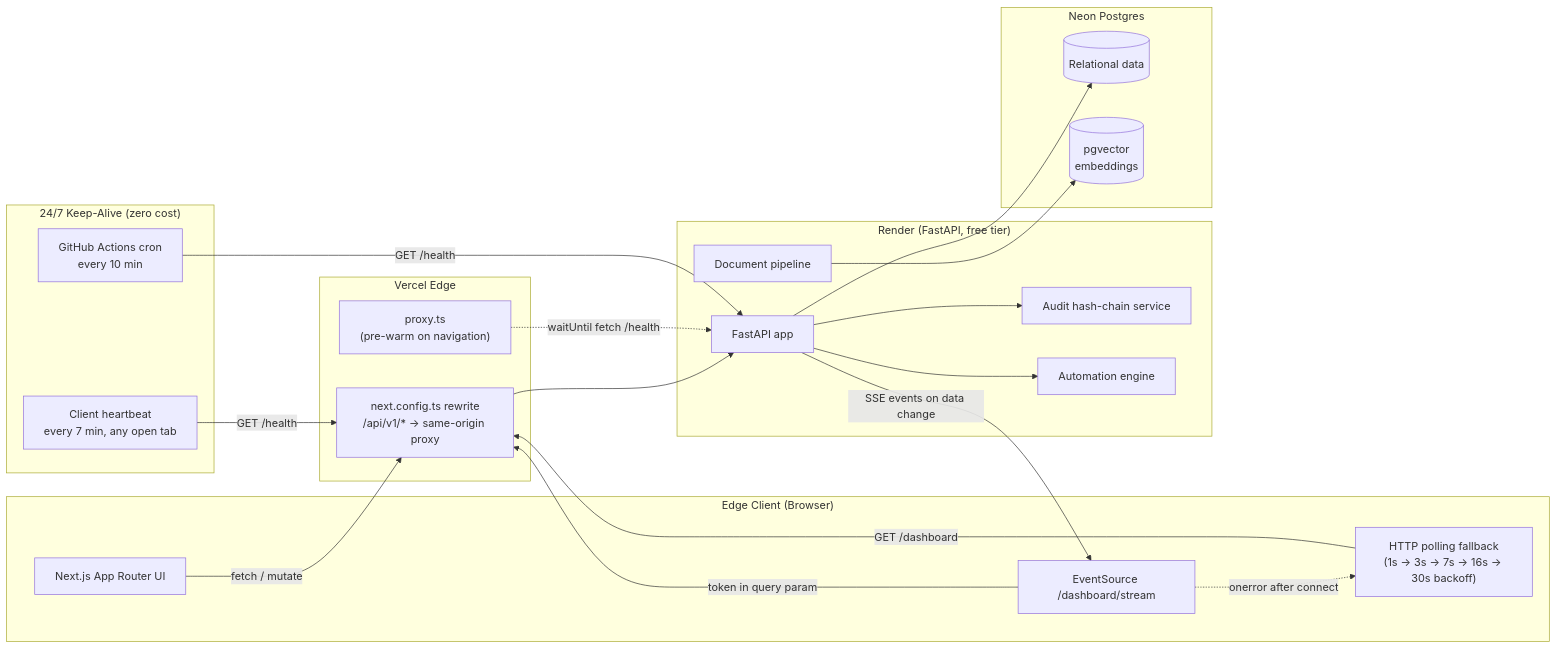
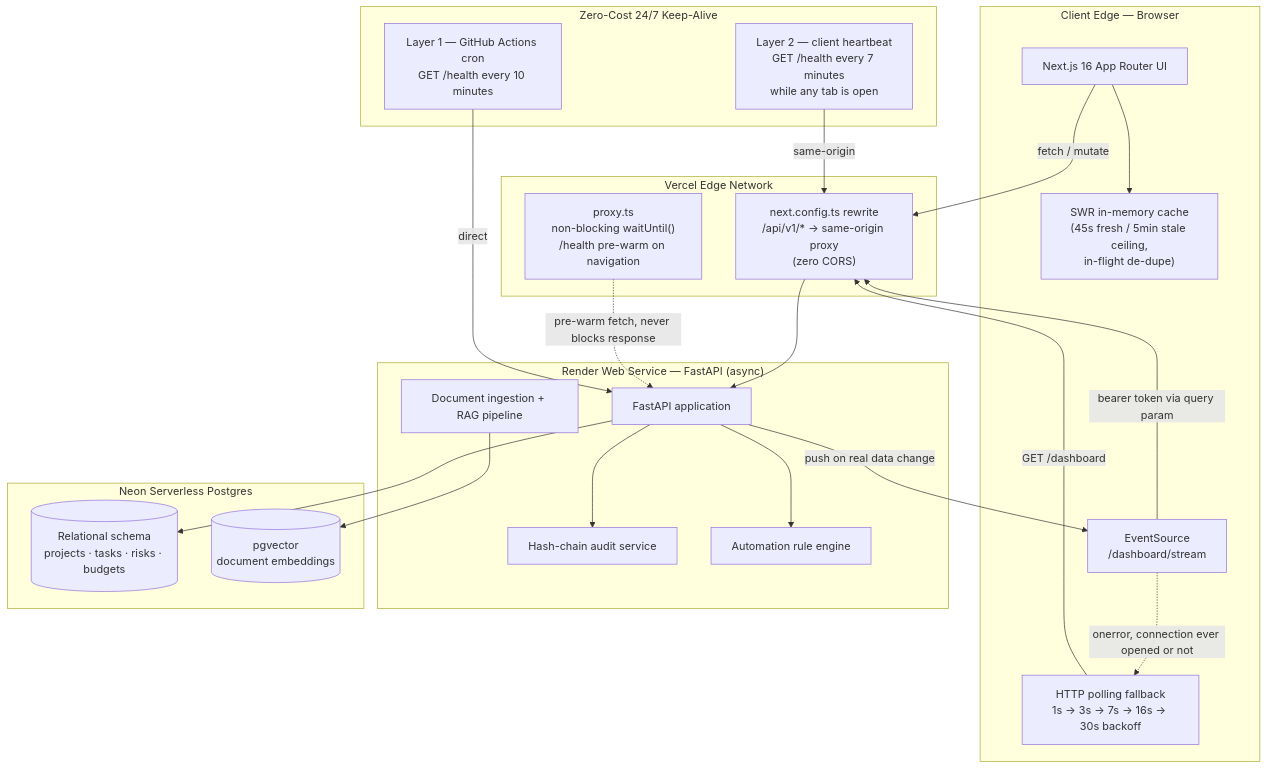
One commit to HUSSAM205/ai-project-command-center changed the diagram in README.md. Above: the diagram before and after it, drawn with Mermaid. The commit also changed other lines of this file and 6 other files, not shown here.

````diff
--- a/README.md
+++ b/README.md
@@ -94,43 +51,45 @@
 ```mermaid
-flowchart LR
-    subgraph Client["Edge Client (Browser)"]
-        UI["Next.js App Router UI"]
-        SSE["EventSource /dashboard/stream"]
-        Poll["HTTP polling fallback\n(1s → 3s → 7s → 16s → 30s backoff)"]
+flowchart TB
+    subgraph EdgeClient["Client Edge — Browser"]
+        UI["Next.js 16 App Router UI"]
+        Cache["SWR in-memory cache\n(45s fresh / 5min stale ceiling,\nin-flight de-dupe)"]
+        SSE["EventSource\n/dashboard/stream"]
+        Poll["HTTP polling fallback\n1s → 3s → 7s → 16s → 30s backoff"]
+        UI --> Cache
     end
 
-    subgraph Vercel["Vercel Edge"]
-        Proxy["proxy.ts\n(pre-warm on navigation)"]
-        Rewrite["next.config.ts rewrite\n/api/v1/* → same-origin proxy"]
+    subgraph VercelEdge["Vercel Edge Network"]
+        Proxy["proxy.ts\nnon-blocking waitUntil()\n/health pre-warm on navigation"]
+        Rewrite["next.config.ts rewrite\n/api/v1/* → same-origin proxy\n(zero CORS)"]
     end
 
-    subgraph Render["Render (FastAPI, free tier)"]
-        API["FastAPI app"]
-        Audit["Audit hash-chain service"]
-        Automations["Automation engine"]
-        RAG["Document pipeline"]
+    subgraph RenderBackend["Render Web Service — FastAPI (async)"]
+        API["FastAPI application"]
+        AuditSvc["Hash-chain audit service"]
+        AutoSvc["Automation rule engine"]
+        RAGSvc["Document ingestion + RAG pipeline"]
     end
 
-    subgraph Neon["Neon Postgres"]
-        PG[("Relational data")]
-        Vec[("pgvector\nembeddings")]
+    subgraph NeonDB["Neon Serverless Postgres"]
+        Rel[("Relational schema\nprojects · tasks · risks · budgets")]
+        Vec[("pgvector\ndocument embeddings")]
+    end
+
+    subgraph KeepAlive["Zero-Cost 24/7 Keep-Alive"]
+        Cron["Layer 1 — GitHub Actions cron\nGET /health every 10 minutes"]
+        Heartbeat["Layer 2 — client heartbeat\nGET /health every 7 minutes\nwhile any tab is open"]
     end
 
     UI -->|fetch / mutate| Rewrite --> API
-    SSE -->|token in query param| Rewrite
-    API -->|SSE events on data change| SSE
-    SSE -.->|onerror after connect| Poll
+    SSE -->|bearer token via query param| Rewrite
+    API -->|push on real data change| SSE
+    SSE -.->|onerror, connection ever opened or not| Poll
     Poll -->|GET /dashboard| Rewrite
-    Proxy -.->|waitUntil fetch /health| API
-    API --> PG
-    RAG --> Vec
-    API --> Audit
-    API --> Automations
-
-    subgraph KeepAlive["24/7 Keep-Alive (zero cost)"]
-        Cron["GitHub Actions cron\nevery 10 min"]
-        Heartbeat["Client heartbeat\nevery 7 min, any open tab"]
-    end
-    Cron -->|GET /health| API
-    Heartbeat -->|GET /health| Rewrite
+    Proxy -.->|pre-warm fetch, never blocks response| API
+    API --> Rel
+    RAGSvc --> Vec
+    API --> AuditSvc
+    API --> AutoSvc
+    Cron -->|direct| API
+    Heartbeat -->|same-origin| Rewrite
 ```
````
